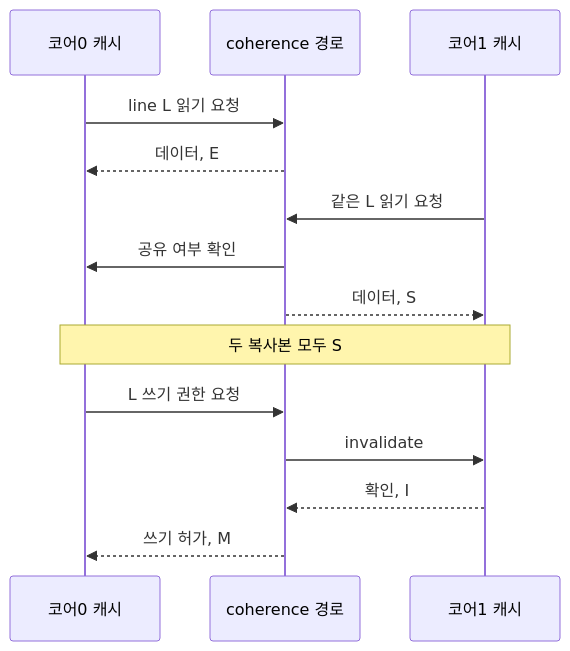
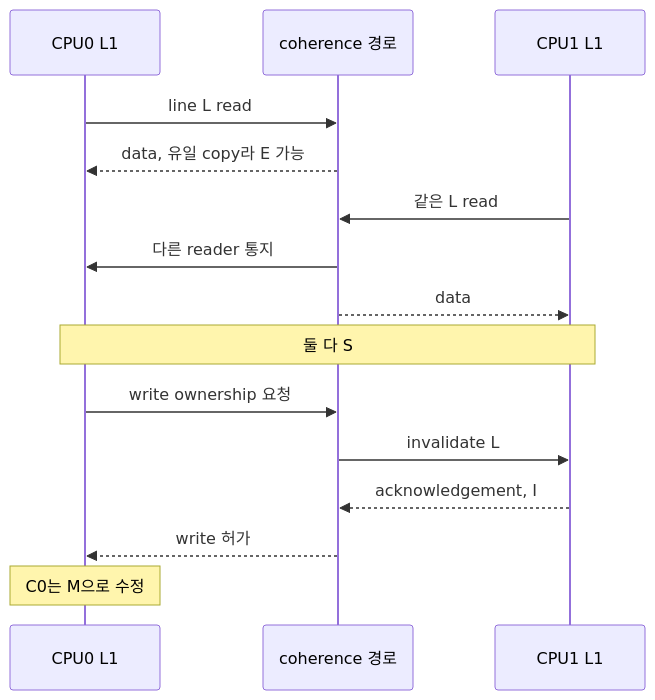
Before and after one commit to mj006648/netai-devsecops-runbook: the diagram in learning/computer-architecture/07-coherence-and-false-sharing.md, drawn with Mermaid. The commit also changed other lines of this file and 165 other files, not shown here.

````diff
--- a/learning/computer-architecture/07-coherence-and-false-sharing.md
+++ b/learning/computer-architecture/07-coherence-and-false-sharing.md
@@ -20,16 +40,17 @@
-```mermaid
+~~~mermaid
 sequenceDiagram
-  participant C0 as 코어0 캐시
-  participant D as coherence 경로
-  participant C1 as 코어1 캐시
-  C0->>D: line L 읽기 요청
-  D-->>C0: 데이터, E
-  C1->>D: 같은 L 읽기 요청
-  D->>C0: 공유 여부 확인
-  D-->>C1: 데이터, S
-  Note over C0,C1: 두 복사본 모두 S
-  C0->>D: L 쓰기 권한 요청
-  D->>C1: invalidate
-  C1-->>D: 확인, I
-  D-->>C0: 쓰기 허가, M
-```
+  participant C0 as CPU0 L1
+  participant H as coherence 경로
+  participant C1 as CPU1 L1
+  C0->>H: line L read
+  H-->>C0: data, 유일 copy라 E 가능
+  C1->>H: 같은 L read
+  H->>C0: 다른 reader 통지
+  H-->>C1: data
+  Note over C0,C1: 둘 다 S
+  C0->>H: write ownership 요청
+  H->>C1: invalidate L
+  C1-->>H: acknowledgement, I
+  H-->>C0: write 허가
+  Note over C0: C0는 M으로 수정
+~~~
````
